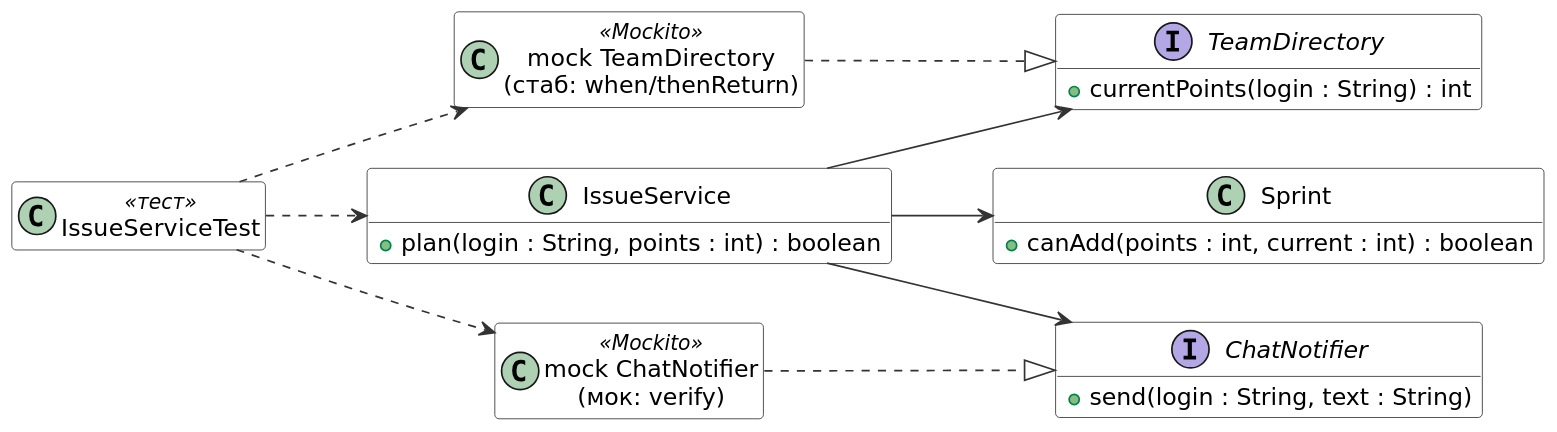
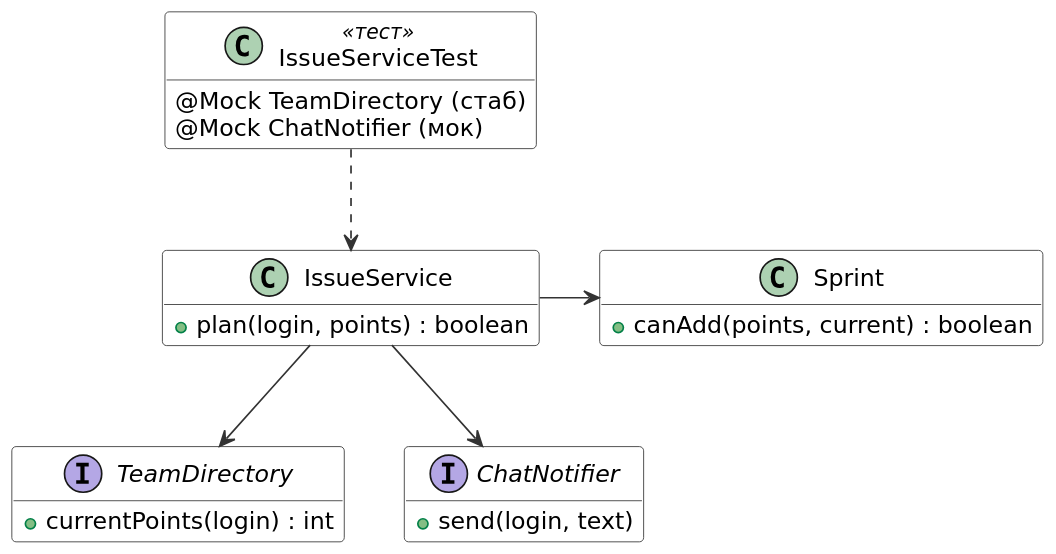
The diagram in java/pr-8/diagrams/classes.puml (brizzinck/krinzhrepoduta), drawn with PlantUML before and after one commit. The commit also changed 6 other files, not shown here.

```diff
--- a/java/pr-8/diagrams/classes.puml
+++ b/java/pr-8/diagrams/classes.puml
@@ -1,33 +1,29 @@
 @startuml
 skinparam dpi 140
 skinparam defaultFontName DejaVu Sans
 skinparam shadowing false
 skinparam ClassBackgroundColor #FFFFFF
 skinparam ClassBorderColor #333333
 skinparam ArrowColor #333333
 hide empty members
-left to right direction
-class Sprint {
-  + canAdd(points : int, current : int) : boolean
+class IssueServiceTest <<тест>> {
+  @Mock TeamDirectory (стаб)
+  @Mock ChatNotifier (мок)
 }
 class IssueService {
-  + plan(login : String, points : int) : boolean
+  + plan(login, points) : boolean
+}
+class Sprint {
+  + canAdd(points, current) : boolean
 }
 interface TeamDirectory {
-  + currentPoints(login : String) : int
+  + currentPoints(login) : int
 }
 interface ChatNotifier {
-  + send(login : String, text : String)
+  + send(login, text)
 }
-class IssueServiceTest <<тест>>
-class "mock TeamDirectory\n(стаб: when/thenReturn)" as StubDir <<Mockito>>
-class "mock ChatNotifier\n(мок: verify)" as MockNot <<Mockito>>
-IssueService --> Sprint
-IssueService --> TeamDirectory
-IssueService --> ChatNotifier
 IssueServiceTest ..> IssueService
-StubDir ..|> TeamDirectory
-MockNot ..|> ChatNotifier
-IssueServiceTest ..> StubDir
-IssueServiceTest ..> MockNot
+IssueService -down-> TeamDirectory
+IssueService -right-> Sprint
+IssueService -down-> ChatNotifier
 @enduml
```
